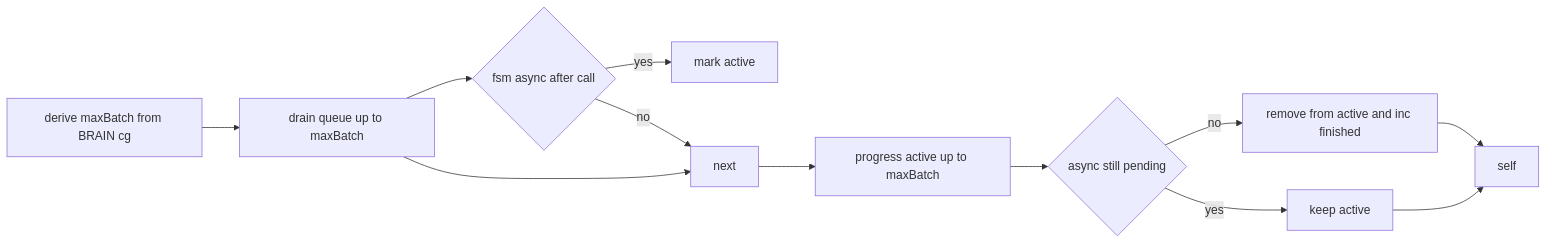
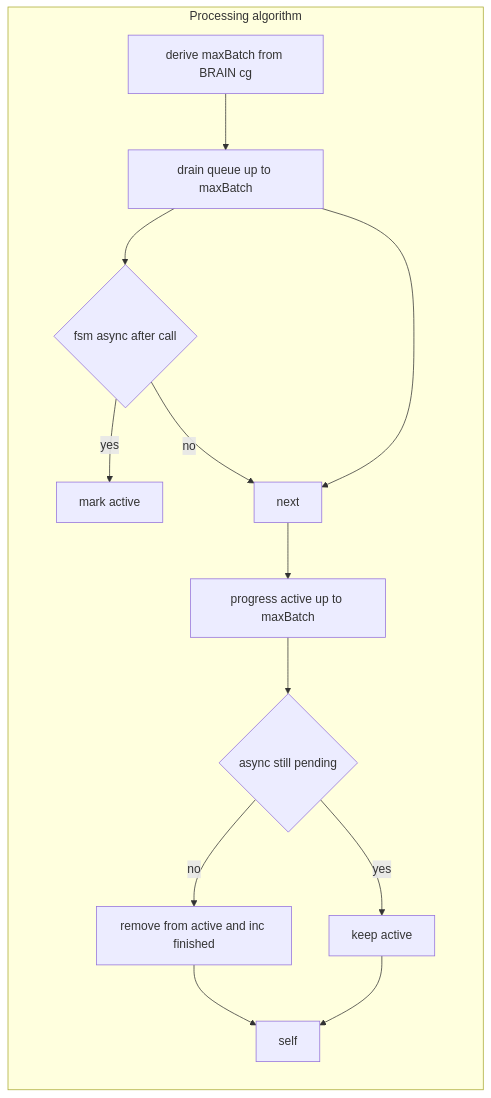
Before and after one commit to Gh0st352/AETHR: the third of 4 diagrams in docs/fsm/manager.md, drawn with Mermaid. The commit also changed other lines of this file and 5 other files, not shown here.

First line of the commit message:
docs(fsm): standardize headings and enhance Mermaid diagrams

````diff
--- a/docs/fsm/manager.md
+++ b/docs/fsm/manager.md
@@ -42,14 +50,22 @@
 ```mermaid
+%% shared theme: docs/_mermaid/theme.json %%
 flowchart LR
-  P1[derive maxBatch from BRAIN cg] --> DQ[drain queue up to maxBatch]
-  DQ --> IFASYNC{fsm async after call}
-  IFASYNC -->|yes| Act[mark active]
-  IFASYNC -->|no| Next[next]
-  DQ --> Next
-  Next --> PA[progress active up to maxBatch]
-  PA --> FIN{async still pending}
-  FIN -->|no| RM[remove from active and inc finished]
-  FIN -->|yes| CONT[keep active]
-  RM --> OUT[self]
-  CONT --> OUT
+  subgraph "Processing algorithm"
+    P1[derive maxBatch from BRAIN cg] --> DQ[drain queue up to maxBatch]
+    DQ --> IFASYNC{fsm async after call}
+    IFASYNC -->|yes| Act[mark active]
+    IFASYNC -->|no| Next[next]
+    DQ --> Next
+    Next --> PA[progress active up to maxBatch]
+    PA --> FIN{async still pending}
+    FIN -->|no| RM[remove from active and inc finished]
+    FIN -->|yes| CONT[keep active]
+    RM --> OUT[self]
+    CONT --> OUT
+  end
+  class P1 class_compute;
+  class DQ,RM,OUT class_step;
+  class IFASYNC,FIN class_decision;
+  class Act,CONT class_tracker;
+  class Next class_step;
 ```
````
